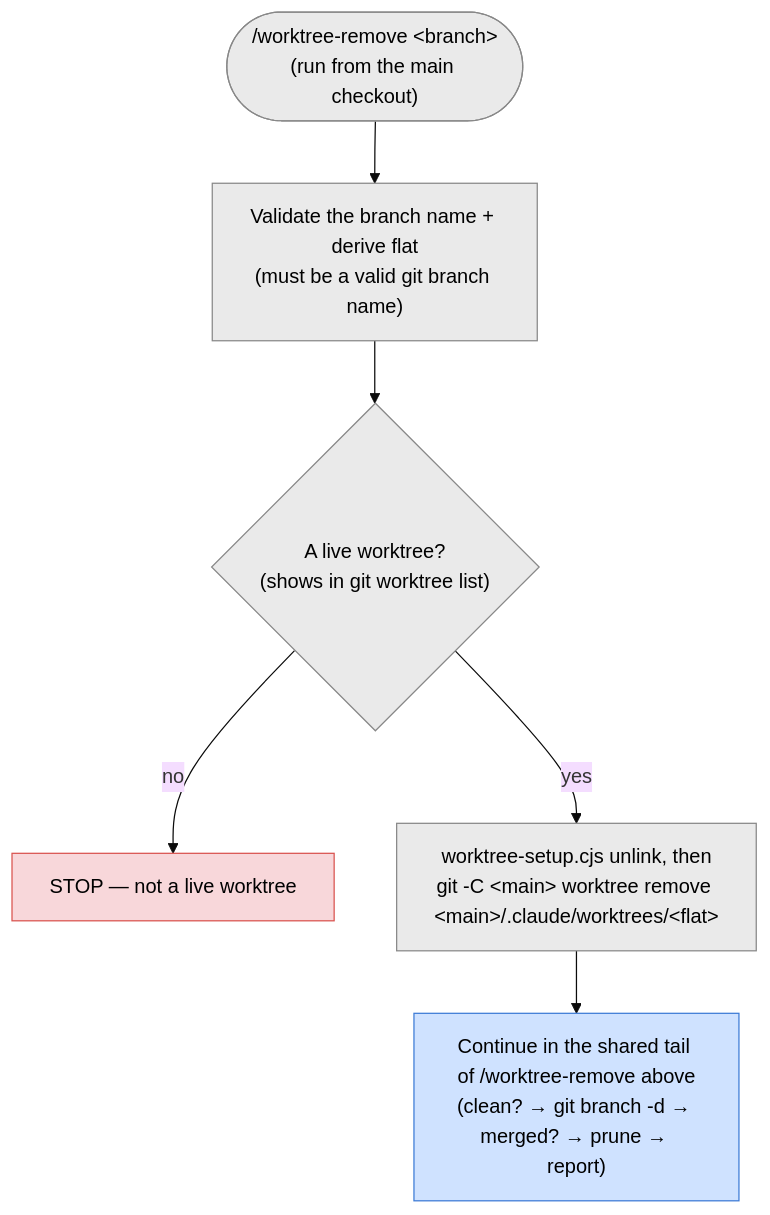
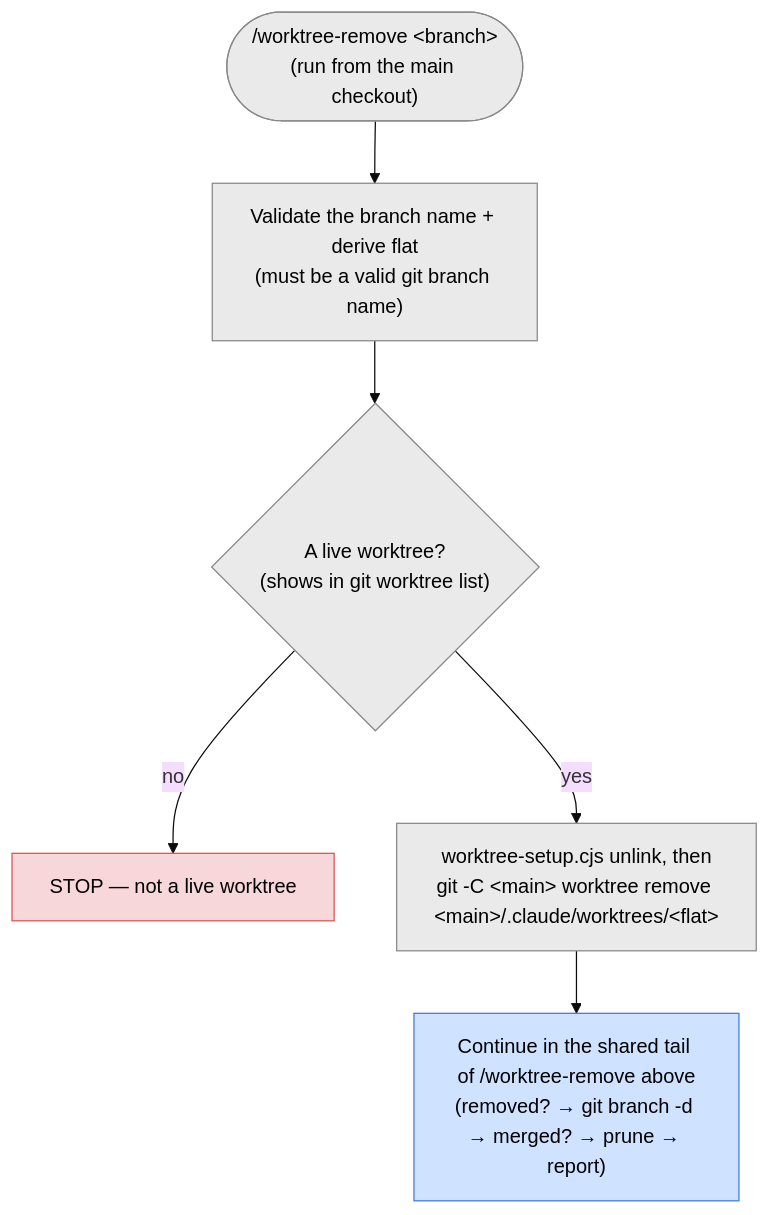
Before and after one commit to pilniczek/worktree-toolbox: the fourth of 4 diagrams in worktree-per-issue/template/docs/worktrees.md, drawn with Mermaid (base theme). The commit also changed other lines of this file and 4 other files, not shown here.

````diff
--- a/worktree-per-issue/template/docs/worktrees.md
+++ b/worktree-per-issue/template/docs/worktrees.md
@@ -267,16 +272,16 @@
 ```mermaid
 flowchart TD
   start(["/worktree-remove &lt;branch&gt;<br/>(run from the main checkout)"])
   start --> validate["Validate the branch name + derive flat<br/>(must be a valid git branch name)"]
   validate --> live{"A live worktree?<br/>(shows in git worktree list)"}
   live -->|"no"| stopB["STOP — not a live worktree"]
   live -->|"yes"| removedir["worktree-setup.cjs unlink, then<br/>git -C &lt;main&gt; worktree remove &lt;main&gt;/.claude/worktrees/&lt;flat&gt;"]
-  removedir --> rest["Continue in the shared tail of /worktree-remove above<br/>(clean? → git branch -d → merged? → prune → report)"]
+  removedir --> rest["Continue in the shared tail of /worktree-remove above<br/>(removed? → git branch -d → merged? → prune → report)"]
 
   classDef step fill:#eaeaea,stroke:#888,color:#000;
   classDef stop fill:#f8d7da,stroke:#d9534f,color:#000;
   classDef ref fill:#cfe2ff,stroke:#3d7bd6,color:#000;
   class start,validate,live,removedir step;
   class stopB stop;
   class rest ref;
 ```
````
